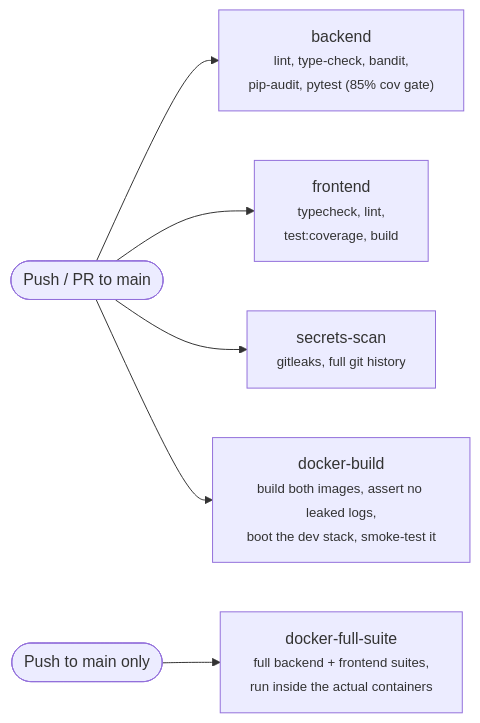
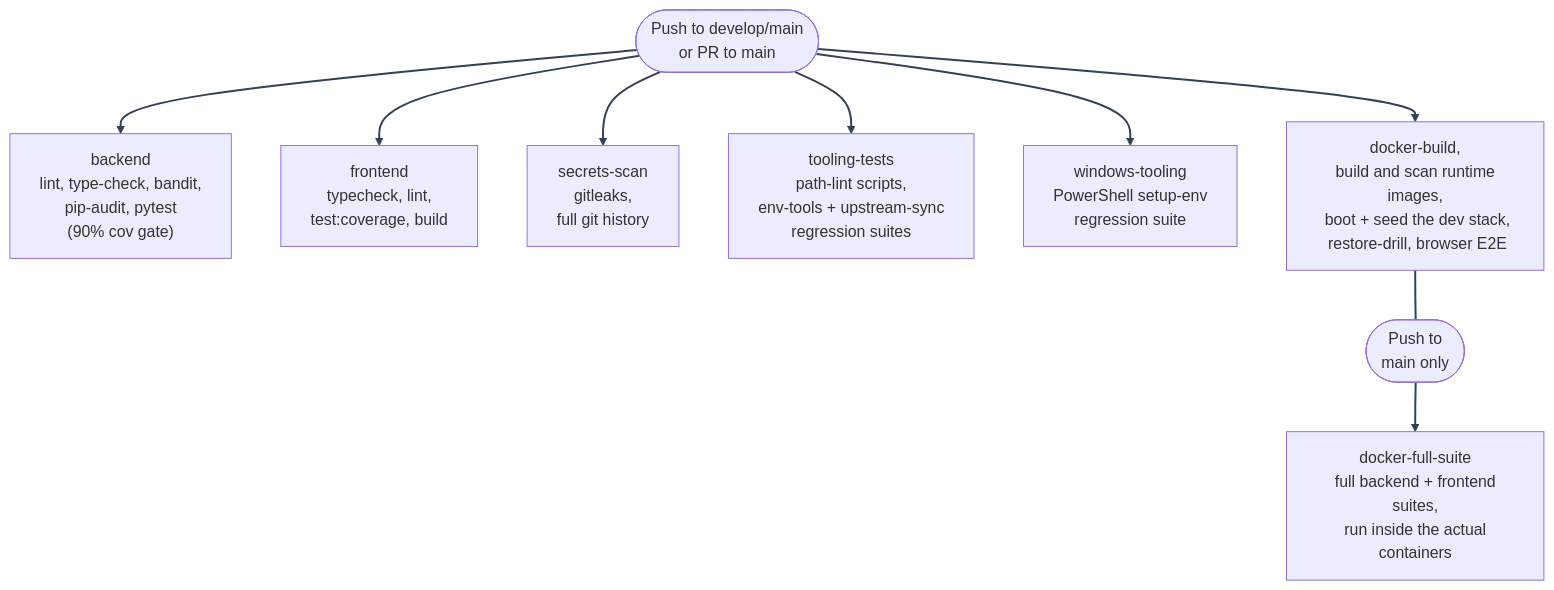
The diagram in docs/mystic_auth/cicd/overview.md (Nachiket-2024/balance_sheet_analysis), drawn with Mermaid before and after one commit. The commit also changed other lines of this file and 1793 other files, not shown here.

````diff
--- a/docs/mystic_auth/cicd/overview.md
+++ b/docs/mystic_auth/cicd/overview.md
@@ -13,11 +32,15 @@
 ```mermaid
-flowchart LR
-    Trigger(["Push / PR to main"])
-    TriggerMain(["Push to main only"])
-
-    Trigger --> Backend["backend<br/><small>lint, type-check, bandit,<br/>pip-audit, pytest (85% cov gate)</small>"]
-    Trigger --> Frontend["frontend<br/><small>typecheck, lint,<br/>test:coverage, build</small>"]
-    Trigger --> Secrets["secrets-scan<br/><small>gitleaks, full git history</small>"]
-    Trigger --> DockerBuild["docker-build<br/><small>build both images, assert no leaked logs,<br/>boot the dev stack, smoke-test it</small>"]
-    TriggerMain --> DockerFullSuite["docker-full-suite<br/><small>full backend + frontend suites,<br/>run inside the actual containers</small>"]
+%%{init: {"themeVariables": {"lineColor": "#334155"}} }%%
+flowchart TD
+    Trigger(["Push to develop/main\n or PR to main"])
+    TriggerMain(["Push to\n main only"])
+    Trigger --> Backend["backend\n lint, type-check, bandit,\n pip-audit, pytest\n (90% cov gate)"]
+    Trigger --> Frontend["frontend\n typecheck, lint,\n test:coverage, build"]
+    Trigger --> Secrets["secrets-scan\n gitleaks,\n full git history"]
+    Trigger --> Tooling["tooling-tests\n path-lint scripts,\n env-tools + upstream-sync\n regression suites"]
+    Trigger --> Windows["windows-tooling\n PowerShell setup-env\n regression suite"]
+    Trigger --> DockerBuild["docker-build,\n build and scan runtime images,\n boot + seed the dev stack,\n restore-drill, browser E2E"]
+    DockerBuild ~~~ TriggerMain
+    TriggerMain --> DockerFullSuite["docker-full-suite\n full backend + frontend suites,\n run inside the actual containers"]
+    linkStyle default stroke:#334155,stroke-width:2px
 ```
````
